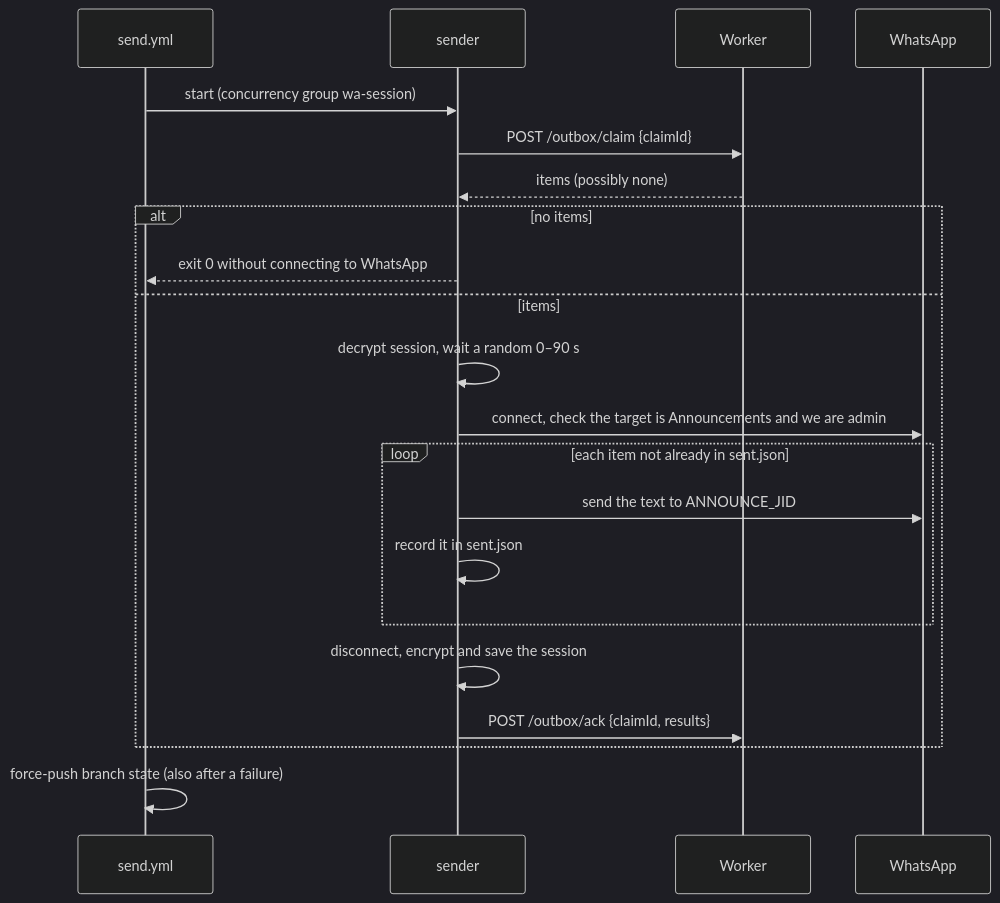
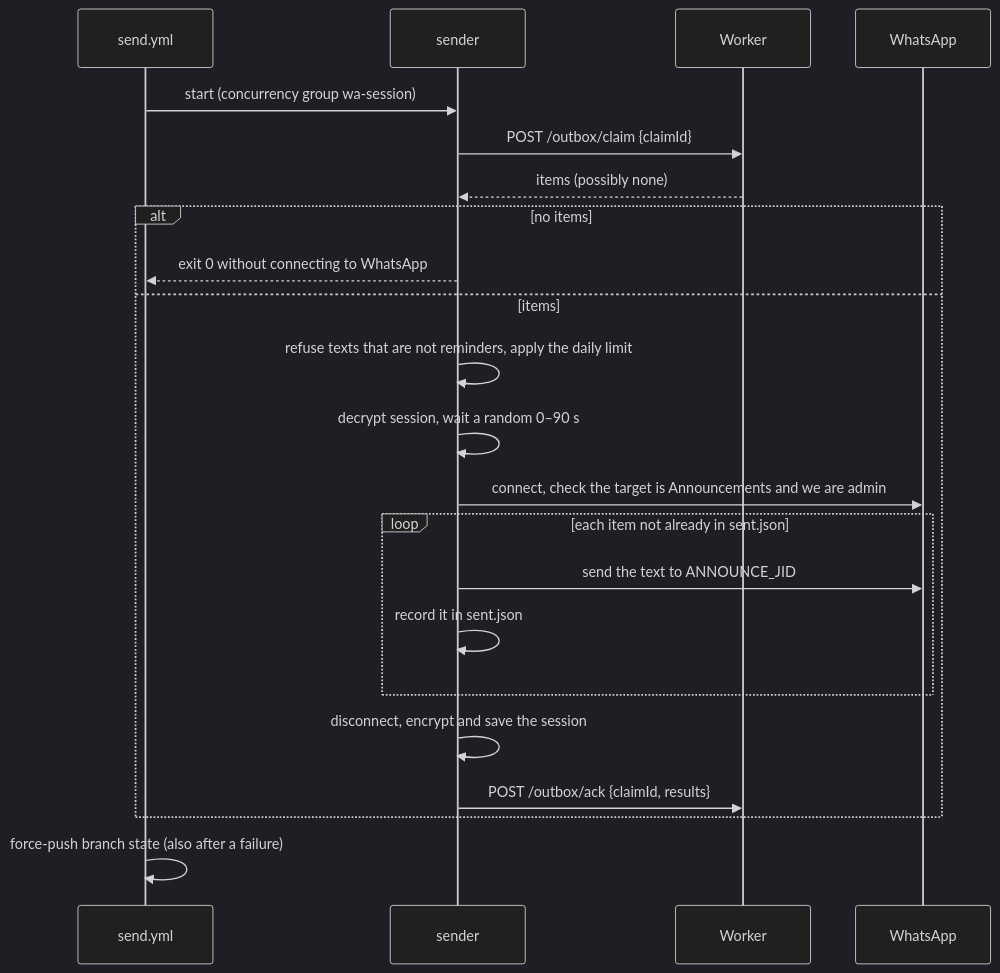
The third of 3 diagrams in docs/architecture.md (adityakotkar47/cp-reminders), drawn with Mermaid (dark theme) before and after one commit. The commit also changed other lines of this file and 47 other files, not shown here.

````diff
--- a/docs/architecture.md
+++ b/docs/architecture.md
@@ -243,23 +261,24 @@
 ```mermaid
 sequenceDiagram
   participant GH as send.yml
   participant S as sender
   participant W as Worker
   participant WA as WhatsApp
   GH->>S: start (concurrency group wa-session)
   S->>W: POST /outbox/claim {claimId}
   W-->>S: items (possibly none)
   alt no items
     S-->>GH: exit 0 without connecting to WhatsApp
   else items
+    S->>S: refuse texts that are not reminders, apply the daily limit
     S->>S: decrypt session, wait a random 0–90 s
     S->>WA: connect, check the target is Announcements and we are admin
     loop each item not already in sent.json
       S->>WA: send the text to ANNOUNCE_JID
       S->>S: record it in sent.json
     end
     S->>S: disconnect, encrypt and save the session
     S->>W: POST /outbox/ack {claimId, results}
   end
   GH->>GH: force-push branch state (also after a failure)
 ```
````
